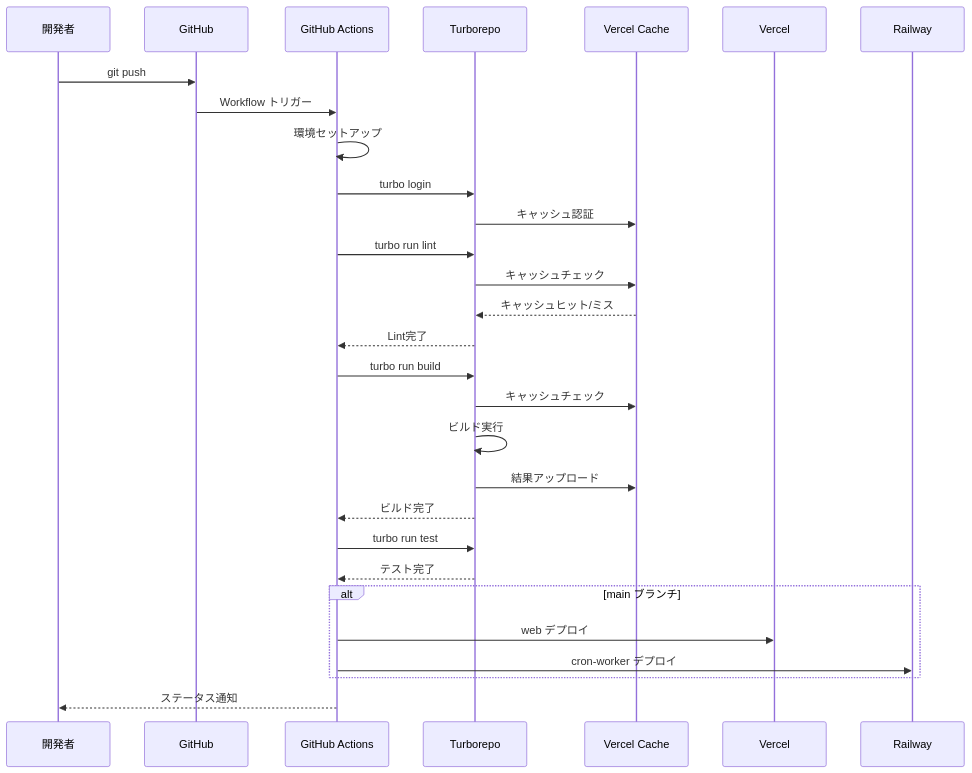
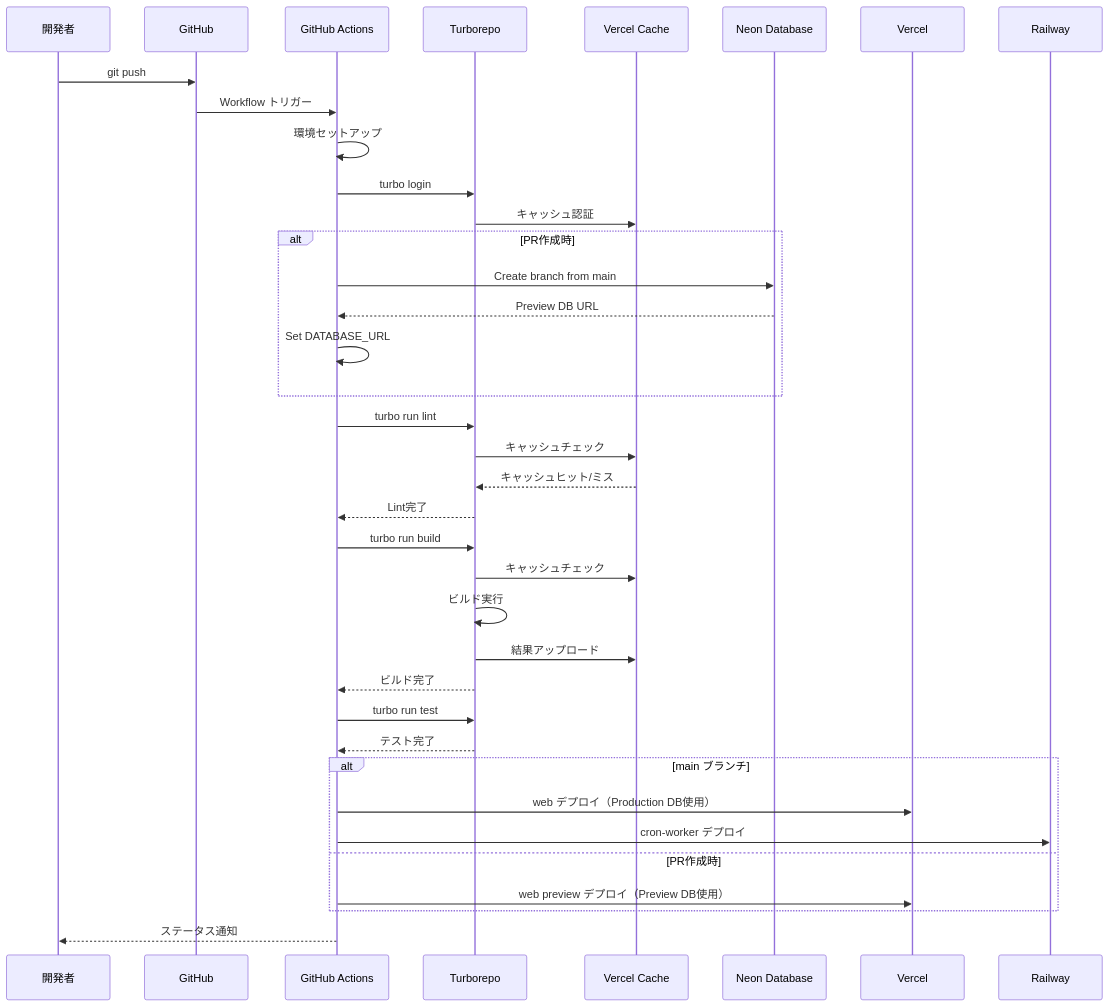
One commit to einja-inc/einja-management-template changed the second of 3 diagrams in docs/einja/steering/infrastructure/deployment.md. Above: the diagram before and after it, drawn with Mermaid. The commit also changed other lines of this file and 7 other files, not shown here.

````diff
--- a/docs/einja/steering/infrastructure/deployment.md
+++ b/docs/einja/steering/infrastructure/deployment.md
@@ -103,37 +105,46 @@
 ```mermaid
 sequenceDiagram
     participant Dev as 開発者
     participant GH as GitHub
     participant CI as GitHub Actions
     participant Turbo as Turborepo
     participant Cache as Vercel Cache
+    participant Neon as Neon Database
     participant Vercel as Vercel
     participant Railway as Railway
 
     Dev->>GH: git push
     GH->>CI: Workflow トリガー
     CI->>CI: 環境セットアップ
     CI->>Turbo: turbo login
     Turbo->>Cache: キャッシュ認証
+
+    alt PR作成時
+        CI->>Neon: Create branch from main
+        Neon-->>CI: Preview DB URL
+        CI->>CI: Set DATABASE_URL
+    end
 
     CI->>Turbo: turbo run lint
     Turbo->>Cache: キャッシュチェック
     Cache-->>Turbo: キャッシュヒット/ミス
     Turbo-->>CI: Lint完了
 
     CI->>Turbo: turbo run build
     Turbo->>Cache: キャッシュチェック
     Turbo->>Turbo: ビルド実行
     Turbo->>Cache: 結果アップロード
     Turbo-->>CI: ビルド完了
 
     CI->>Turbo: turbo run test
     Turbo-->>CI: テスト完了
 
     alt main ブランチ
-        CI->>Vercel: web デプロイ
+        CI->>Vercel: web デプロイ（Production DB使用）
         CI->>Railway: cron-worker デプロイ
+    else PR作成時
+        CI->>Vercel: web preview デプロイ（Preview DB使用）
     end
 
     CI-->>Dev: ステータス通知
 ```
````
